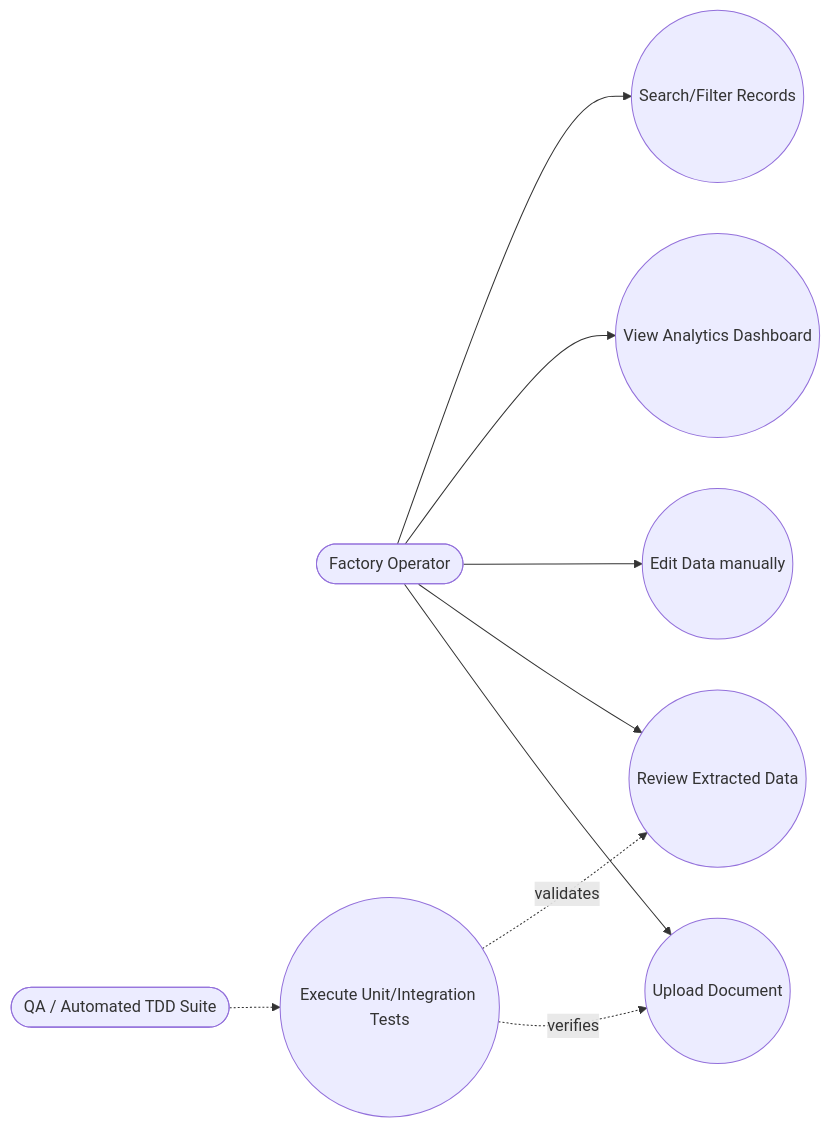
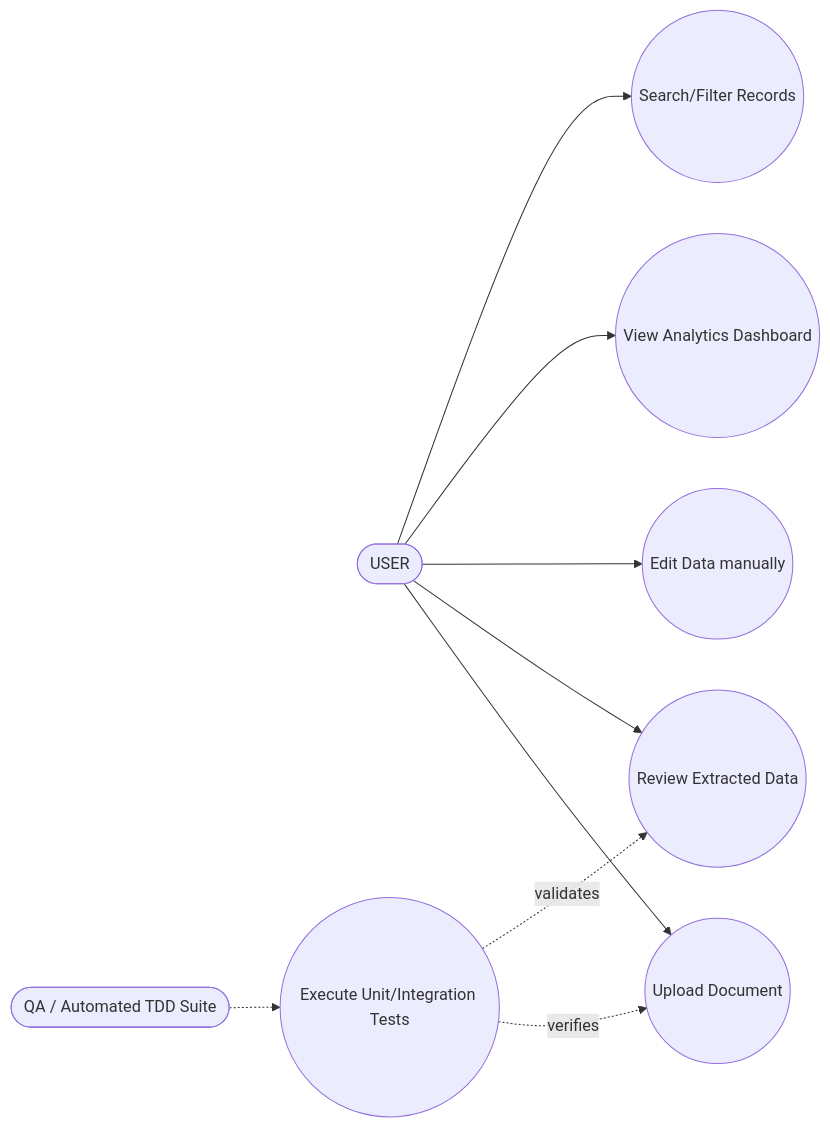
Before and after one commit to nanthitha25/biztelai: the second of 8 diagrams in README.md, drawn with Mermaid.

````diff
--- a/README.md
+++ b/README.md
@@ -114,22 +114,22 @@
 ```mermaid
 flowchart LR
-    User([Factory Operator])
+    User([USER])
     Tester([QA / Automated TDD Suite])
     
     Upload((Upload Document))
     Review((Review Extracted Data))
     Edit((Edit Data manually))
     Dashboard((View Analytics Dashboard))
     Search((Search/Filter Records))
     Test((Execute Unit/Integration Tests))
     
     User --> Upload
     User --> Review
     User --> Edit
     User --> Dashboard
     User --> Search
     
     Tester -.-> Test
     Test -.->|verifies| Upload
     Test -.->|validates| Review
 ```
````
